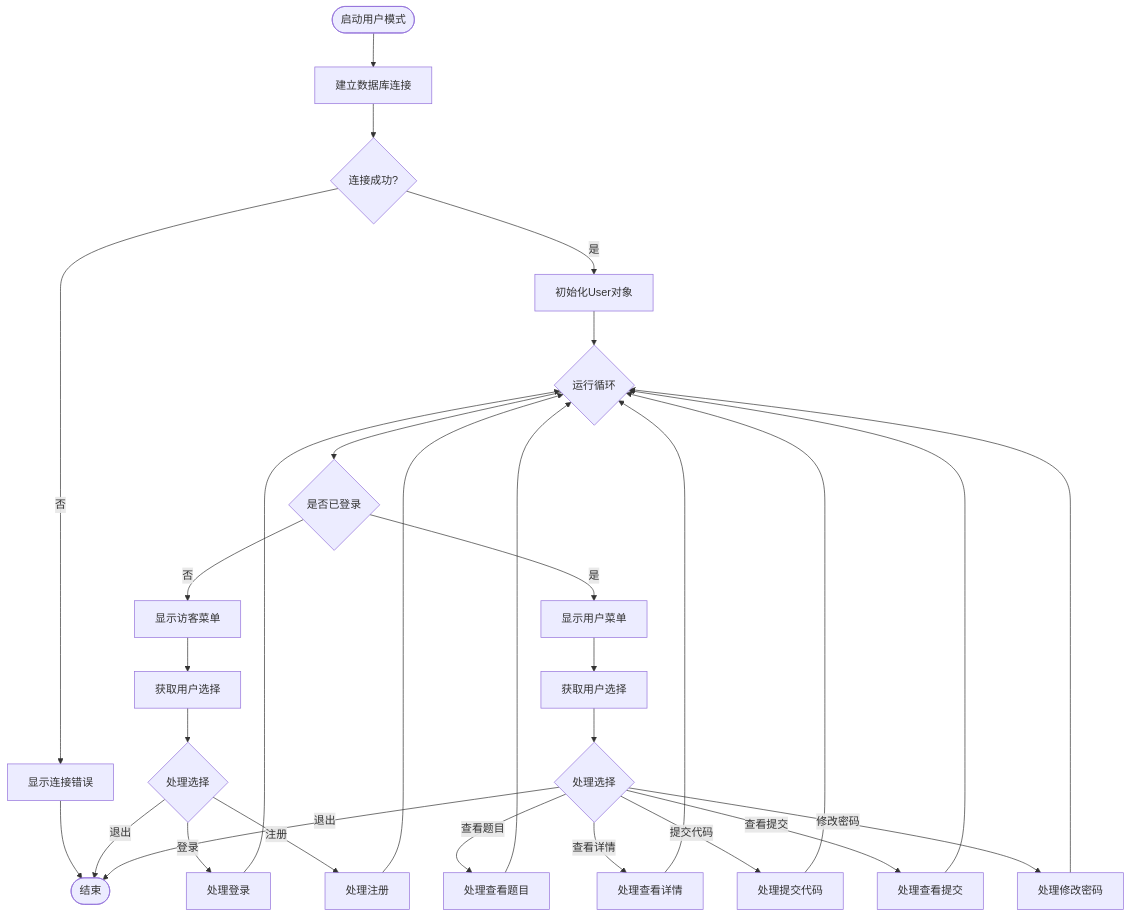
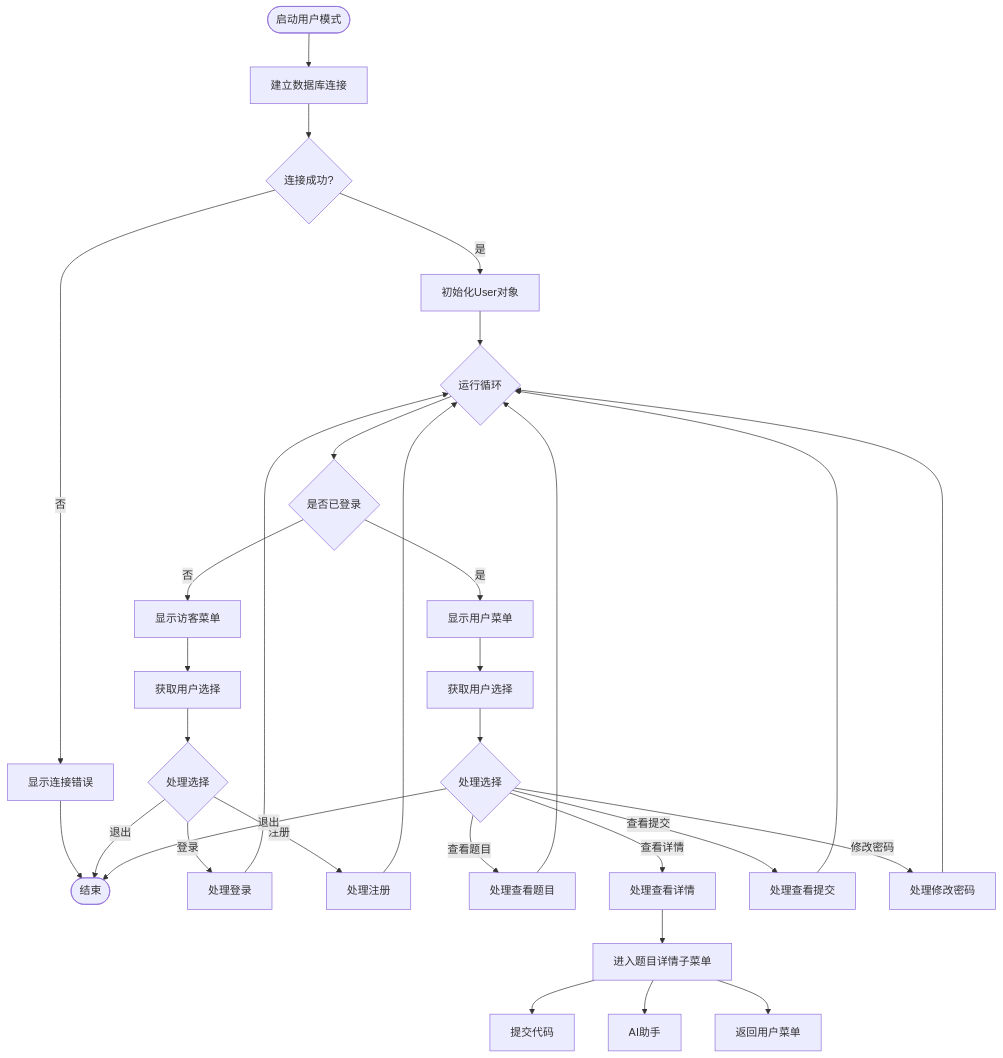
The fifth of 8 diagrams in .qoder/repowiki/zh/content/User Module.md (jinpeng900/OJ-Test), drawn with Mermaid before and after one commit. The commit also changed other lines of this file and 5 other files, not shown here.

````diff
--- a/.qoder/repowiki/zh/content/User Module.md
+++ b/.qoder/repowiki/zh/content/User Module.md
@@ -242,32 +262,33 @@
 ```mermaid
 flowchart TD
 Start([启动用户模式]) --> ConnectDB[建立数据库连接]
 ConnectDB --> CheckConn{连接成功?}
 CheckConn --> |否| ShowError[显示连接错误]
 ShowError --> End([结束])
 CheckConn --> |是| InitUser[初始化User对象]
 InitUser --> Loop{运行循环}
 Loop --> CheckLogin{是否已登录}
 CheckLogin --> |否| ShowGuestMenu[显示访客菜单]
 CheckLogin --> |是| ShowUserMenu[显示用户菜单]
 ShowGuestMenu --> GetChoice1[获取用户选择]
 GetChoice1 --> ProcessChoice1{处理选择}
 ProcessChoice1 --> |登录| HandleLogin[处理登录]
 ProcessChoice1 --> |注册| HandleRegister[处理注册]
 ProcessChoice1 --> |退出| End
 ShowUserMenu --> GetChoice2[获取用户选择]
 GetChoice2 --> ProcessChoice2{处理选择}
 ProcessChoice2 --> |查看题目| HandleListProblems[处理查看题目]
 ProcessChoice2 --> |查看详情| HandleViewProblem[处理查看详情]
-ProcessChoice2 --> |提交代码| HandleSubmitCode[处理提交代码]
 ProcessChoice2 --> |查看提交| HandleViewSubmissions[处理查看提交]
 ProcessChoice2 --> |修改密码| HandleChangePassword[处理修改密码]
 ProcessChoice2 --> |退出| End
 HandleLogin --> Loop
 HandleRegister --> Loop
 HandleListProblems --> Loop
-HandleViewProblem --> Loop
-HandleSubmitCode --> Loop
+HandleViewProblem --> ProblemMenu[进入题目详情子菜单]
+ProblemMenu --> SubmitCode[提交代码]
+ProblemMenu --> AIAssistant[AI助手]
+ProblemMenu --> BackToUser[返回用户菜单]
 HandleViewSubmissions --> Loop
 HandleChangePassword --> Loop
 ```
````
